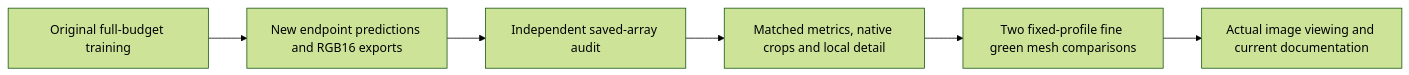
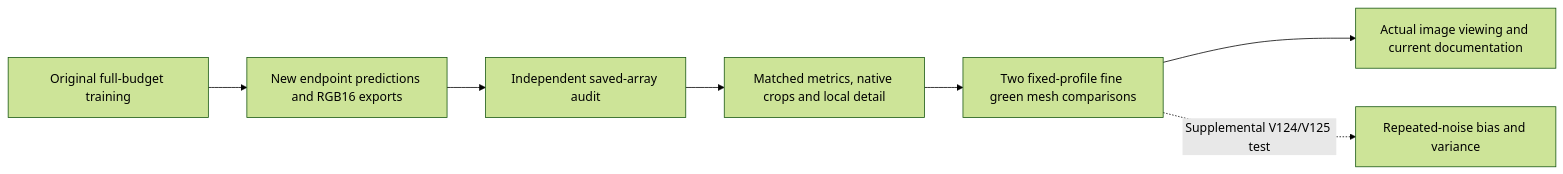
The diagram in docs/endpoint-quality-review.md (dllu/demosaic), drawn with Mermaid (forest theme) before and after one commit. The commit also changed other lines of this file and 7 other files, not shown here.

Commit message:
Queue conditional bias and noise review for completed mean-loss endpoints

````diff
--- a/docs/endpoint-quality-review.md
+++ b/docs/endpoint-quality-review.md
@@ -22,8 +22,9 @@
 ```mermaid
 flowchart LR
     A[Original full-budget training] --> B[New endpoint predictions and RGB16 exports]
     B --> C[Independent saved-array audit]
     C --> D[Matched metrics, native crops and local detail]
     D --> E[Two fixed-profile fine green mesh comparisons]
     E --> F[Actual image viewing and current documentation]
+    E -. Supplemental V124/V125 test .-> G[Repeated-noise bias and variance]
 ```
````
